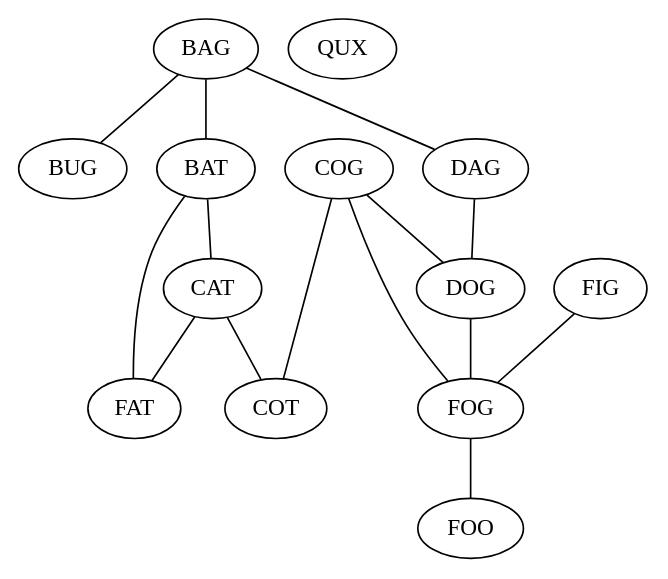
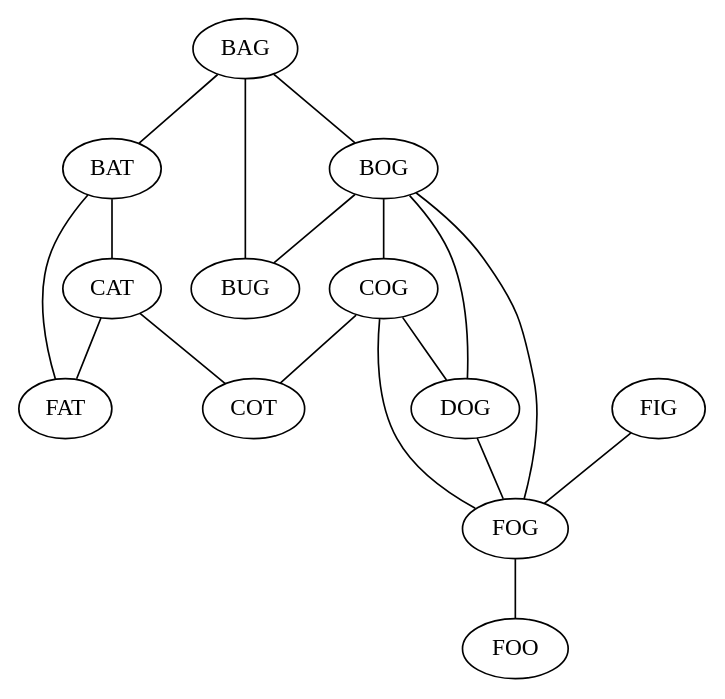
The diagram in example.dot (ToF-/WordLadder), drawn with Graphviz before and after one commit. The commit also changed 2 other files, not shown here.

Commit message:
graph example

```diff
--- a/example.dot
+++ b/example.dot
@@ -1,27 +1,20 @@
-digraph example {
-"BAG" -> "BAT"[dir=none] ;
-"BAG" -> "BUG"[dir=none] ;
-"BAG" -> "DAG"[dir=none] ;
-
-"BAT" -> "CAT"[dir=none] ;
-"BAT" -> "FAT"[dir=none] ;
-
-"CAT" -> "COT"[dir=none] ;
-"CAT" -> "FAT"[dir=none] ;
-
-"COG" -> "COT"[dir=none] ;
-"COG" -> "DOG"[dir=none] ;
-"COG" -> "FOG"[dir=none] ;
-
-"DAG" -> "DOG"[dir=none] ;
-
-"DOG" -> "FOG"[dir=none] ;
-
-"FIG" -> "FOG"[dir=none] ;
-
-"FOG" -> "FOO"[dir=none] ;
-
-"QUX"
-
+strict graph example {
+"BAG" -- "BAT"[dir=none] ;
+"BAG" -- "BOG"[dir=none] ;
+"BAG" -- "BUG"[dir=none] ;
+"BOG" -- "BUG"[dir=none] ;
+"BOG" -- "COG"[dir=none] ;
+"BOG" -- "DOG"[dir=none] ;
+"BOG" -- "FOG"[dir=none] ;
+"BAT" -- "CAT"[dir=none] ;
+"BAT" -- "FAT"[dir=none] ;
+"CAT" -- "COT"[dir=none] ;
+"CAT" -- "FAT"[dir=none] ;
+"COG" -- "COT"[dir=none] ;
+"COG" -- "DOG"[dir=none] ;
+"COG" -- "FOG"[dir=none] ;
+"DOG" -- "FOG"[dir=none] ;
+"FOG" -- "FOO"[dir=none] ;
+"FIG" -- "FOG"[dir=none] ;
 
 }
```
